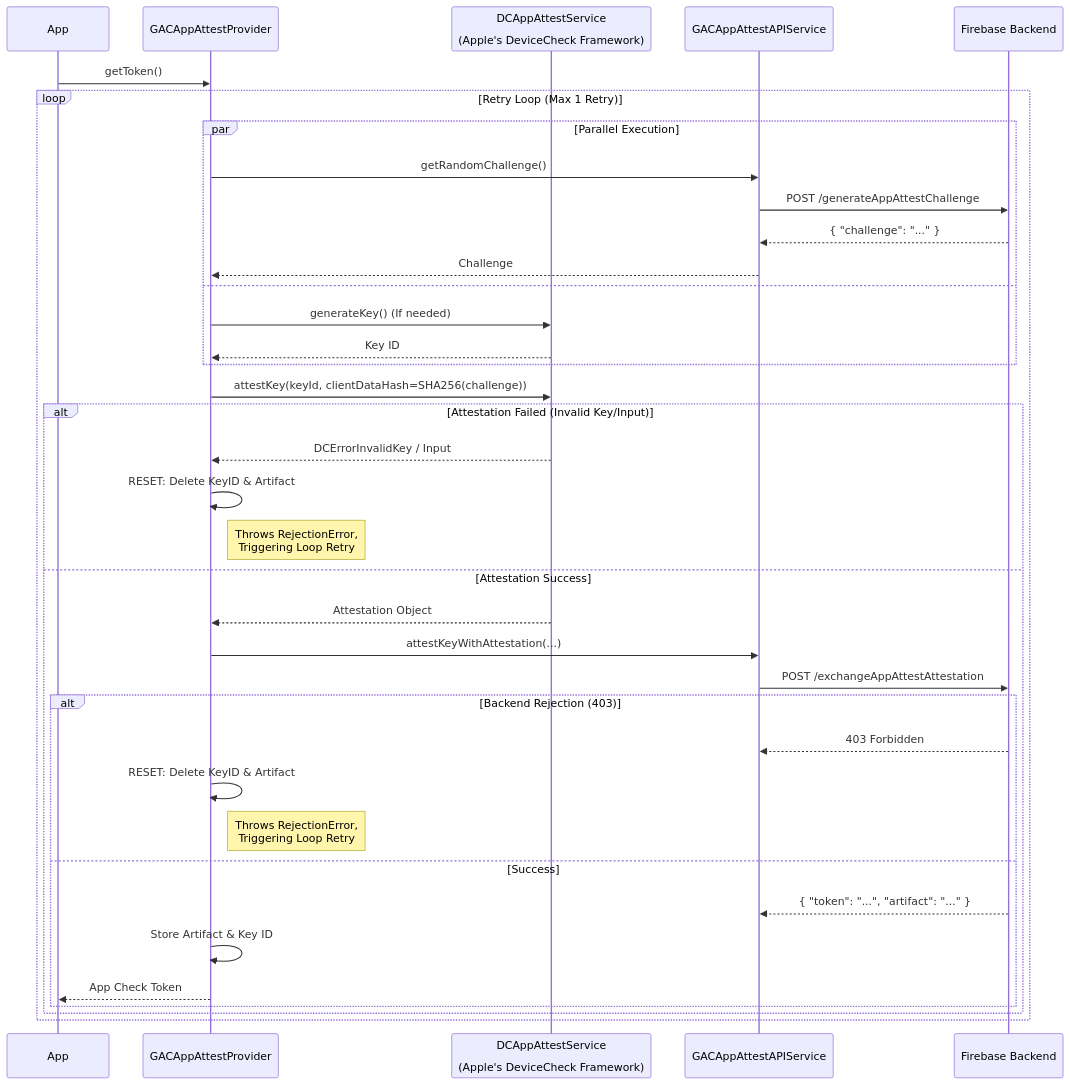
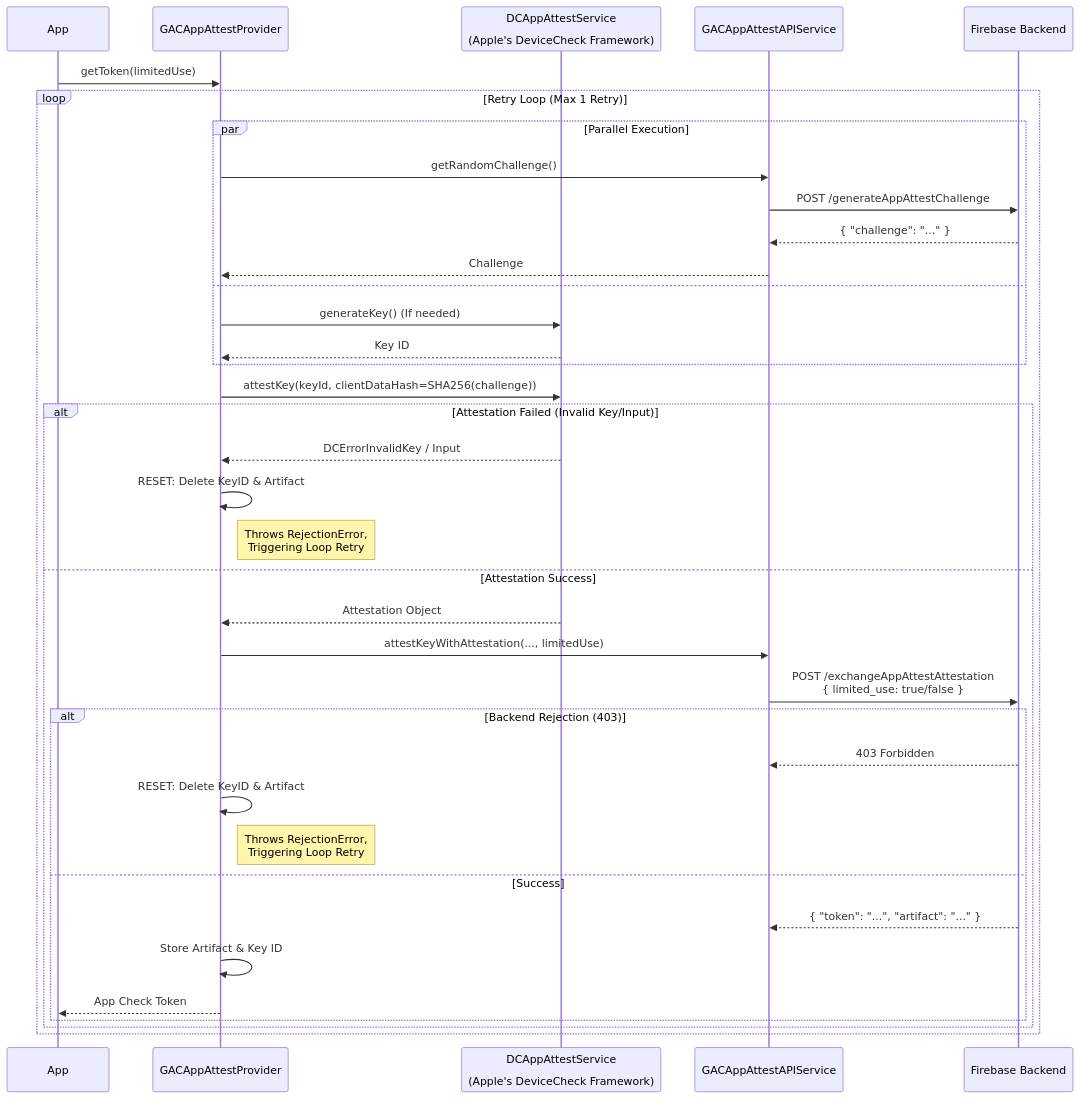
The second of 5 diagrams in docs/providers.md (google/app-check), drawn with Mermaid before and after one commit. The commit also changed other lines of this file, not shown here.

````diff
--- a/docs/providers.md
+++ b/docs/providers.md
@@ -54,44 +68,44 @@
 ```mermaid
 sequenceDiagram
     participant App
     participant Provider as GACAppAttestProvider
     participant Apple as DCAppAttestService<br/><br/>(Apple's DeviceCheck Framework)
     participant API as GACAppAttestAPIService
     participant Backend as Firebase Backend
 
-    App->>Provider: getToken()
+    App->>Provider: getToken(limitedUse)
     
     loop Retry Loop (Max 1 Retry)
         par Parallel Execution
             Provider->>API: getRandomChallenge()
             API->>Backend: POST /generateAppAttestChallenge
             Backend-->>API: { "challenge": "..." }
             API-->>Provider: Challenge
         and
             Provider->>Apple: generateKey() (If needed)
             Apple-->>Provider: Key ID
         end
 
         Provider->>Apple: attestKey(keyId, clientDataHash=SHA256(challenge))
         
         alt Attestation Failed (Invalid Key/Input)
             Apple-->>Provider: DCErrorInvalidKey / Input
             Provider->>Provider: RESET: Delete KeyID & Artifact
             Note right of Provider: Throws RejectionError,<br/>Triggering Loop Retry
         else Attestation Success
             Apple-->>Provider: Attestation Object
-            Provider->>API: attestKeyWithAttestation(...)
-            API->>Backend: POST /exchangeAppAttestAttestation
+            Provider->>API: attestKeyWithAttestation(..., limitedUse)
+            API->>Backend: POST /exchangeAppAttestAttestation<br/>{ limited_use: true/false }
             
             alt Backend Rejection (403)
                 Backend-->>API: 403 Forbidden
                 Provider->>Provider: RESET: Delete KeyID & Artifact
                 Note right of Provider: Throws RejectionError,<br/>Triggering Loop Retry
             else Success
                 Backend-->>API: { "token": "...", "artifact": "..." }
                 Provider->>Provider: Store Artifact & Key ID
                 Provider-->>App: App Check Token
             end
         end
     end
 ```
````
